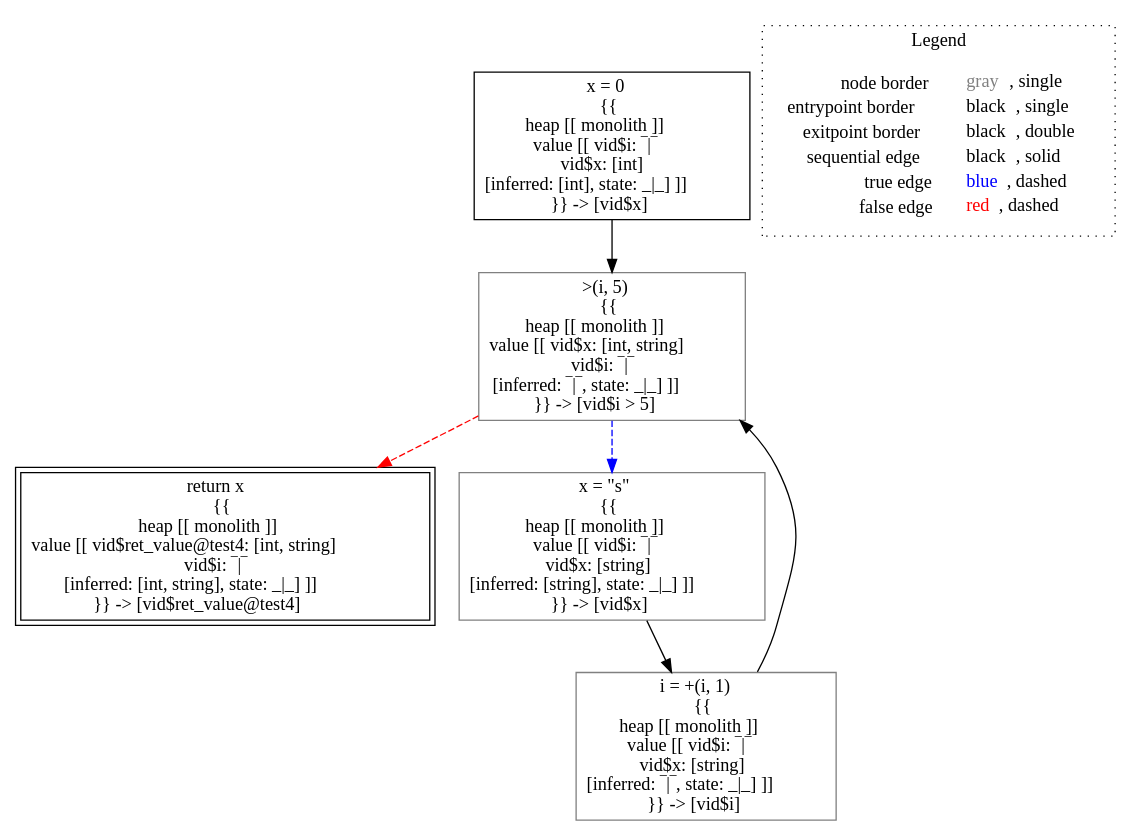
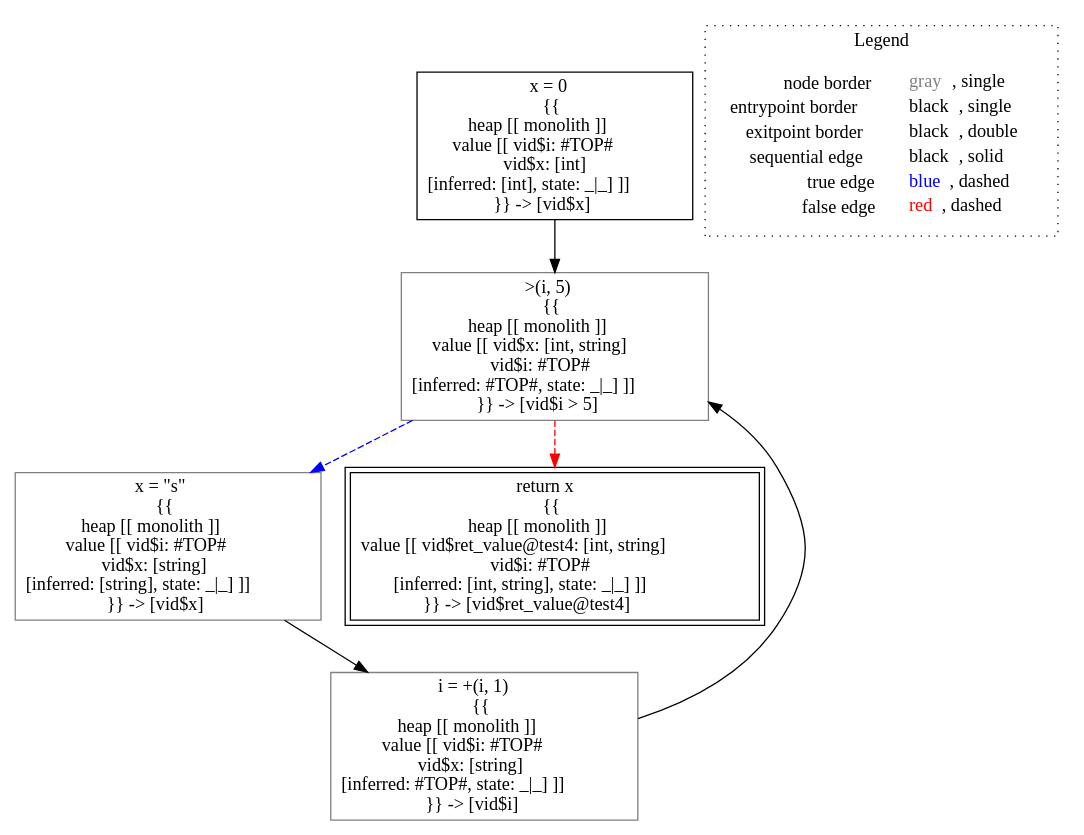
The diagram in lisa/imp-testcases/type-inference/typing___untyped_typing.test4(untyped_i).dot (lisa-analyzer/lisa), drawn with Graphviz before and after one commit. The commit also changed 30 other files, not shown here.

```diff
--- a/lisa/imp-testcases/type-inference/typing___untyped_typing.test4(untyped_i).dot
+++ b/lisa/imp-testcases/type-inference/typing___untyped_typing.test4(untyped_i).dot
@@ -1,19 +1,19 @@
 digraph {
-	"node0" [shape="rect",color="black",label=<x = 0<BR/>{{<BR/>heap [[ monolith ]]<BR/>value [[ vid$i: &oline;|&oline;<BR/>vid$x: [int]<BR/>[inferred: [int], state: _|_] ]]<BR/>}} -&gt; [vid$x]>];
-	"node1" [shape="rect",color="black",peripheries="2",label=<return x<BR/>{{<BR/>heap [[ monolith ]]<BR/>value [[ vid$ret_value@test4: [int, string]<BR/>vid$i: &oline;|&oline;<BR/>[inferred: [int, string], state: _|_] ]]<BR/>}} -&gt; [vid$ret_value@test4]>];
-	"node2" [shape="rect",color="gray",label=<&gt;(i, 5)<BR/>{{<BR/>heap [[ monolith ]]<BR/>value [[ vid$x: [int, string]<BR/>vid$i: &oline;|&oline;<BR/>[inferred: &oline;|&oline;, state: _|_] ]]<BR/>}} -&gt; [vid$i &gt; 5]>];
-	"node3" [shape="rect",color="gray",label=<i = +(i, 1)<BR/>{{<BR/>heap [[ monolith ]]<BR/>value [[ vid$i: &oline;|&oline;<BR/>vid$x: [string]<BR/>[inferred: &oline;|&oline;, state: _|_] ]]<BR/>}} -&gt; [vid$i]>];
-	"node4" [shape="rect",color="gray",label=<x = &quot;s&quot;<BR/>{{<BR/>heap [[ monolith ]]<BR/>value [[ vid$i: &oline;|&oline;<BR/>vid$x: [string]<BR/>[inferred: [string], state: _|_] ]]<BR/>}} -&gt; [vid$x]>];
-	"node0" -> "node2" [color="black"];
-	"node2" -> "node1" [color="red",style="dashed"];
-	"node2" -> "node4" [color="blue",style="dashed"];
-	"node3" -> "node2" [color="black"];
-	"node4" -> "node3" [color="black"];
+	"node0" [shape="rect",color="black",label=<x = 0<BR/>{{<BR/>heap [[ monolith ]]<BR/>value [[ vid$i: #TOP#<BR/>vid$x: [int]<BR/>[inferred: [int], state: _|_] ]]<BR/>}} -&gt; [vid$x]>];
+	"node1" [shape="rect",color="gray",label=<&gt;(i, 5)<BR/>{{<BR/>heap [[ monolith ]]<BR/>value [[ vid$x: [int, string]<BR/>vid$i: #TOP#<BR/>[inferred: #TOP#, state: _|_] ]]<BR/>}} -&gt; [vid$i &gt; 5]>];
+	"node2" [shape="rect",color="gray",label=<x = &quot;s&quot;<BR/>{{<BR/>heap [[ monolith ]]<BR/>value [[ vid$i: #TOP#<BR/>vid$x: [string]<BR/>[inferred: [string], state: _|_] ]]<BR/>}} -&gt; [vid$x]>];
+	"node3" [shape="rect",color="black",peripheries="2",label=<return x<BR/>{{<BR/>heap [[ monolith ]]<BR/>value [[ vid$ret_value@test4: [int, string]<BR/>vid$i: #TOP#<BR/>[inferred: [int, string], state: _|_] ]]<BR/>}} -&gt; [vid$ret_value@test4]>];
+	"node4" [shape="rect",color="gray",label=<i = +(i, 1)<BR/>{{<BR/>heap [[ monolith ]]<BR/>value [[ vid$i: #TOP#<BR/>vid$x: [string]<BR/>[inferred: #TOP#, state: _|_] ]]<BR/>}} -&gt; [vid$i]>];
+	"node1" -> "node2" [color="blue",style="dashed"];
+	"node1" -> "node3" [color="red",style="dashed"];
+	"node2" -> "node4" [color="black"];
+	"node0" -> "node1" [color="black"];
+	"node4" -> "node1" [color="black"];
 subgraph cluster_legend {
 	label="Legend";
 	style=dotted;
 	node [shape=plaintext];
 	"legend" [label=<<table border="0" cellpadding="2" cellspacing="0" cellborder="0"><tr><td align="right">node border&nbsp;</td><td align="left"><font color="gray">gray</font>, single</td></tr><tr><td align="right">entrypoint border&nbsp;</td><td align="left"><font color="black">black</font>, single</td></tr><tr><td align="right">exitpoint border&nbsp;</td><td align="left"><font color="black">black</font>, double</td></tr><tr><td align="right">sequential edge&nbsp;</td><td align="left"><font color="black">black</font>, solid</td></tr><tr><td align="right">true edge&nbsp;</td><td align="left"><font color="blue">blue</font>, dashed</td></tr><tr><td align="right">false edge&nbsp;</td><td align="left"><font color="red">red</font>, dashed</td></tr></table>>];
 }
 
 }
```
